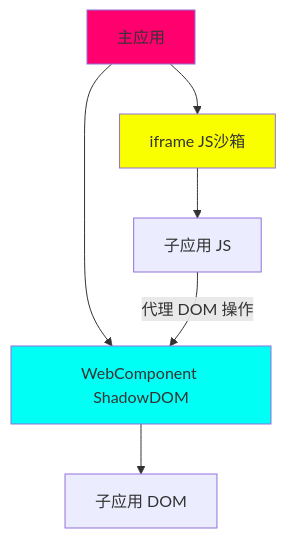
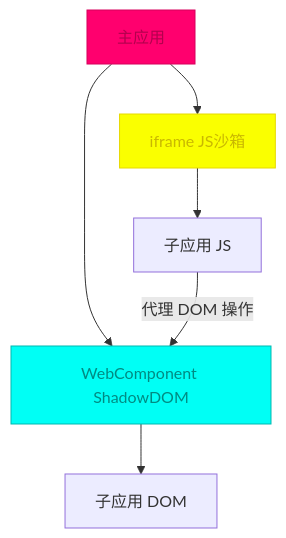
Before and after one commit to FreezeSoul/freezesoul.github.com: the fourth of 6 diagrams in _posts/2019-11-15-micro-frontend.md, drawn with Mermaid. The commit also changed other lines of this file and 9 other files, not shown here.

Commit message:
修正mermaid配色与要求

````diff
--- a/_posts/2019-11-15-micro-frontend.md
+++ b/_posts/2019-11-15-micro-frontend.md
@@ -770,14 +770,14 @@
 ```mermaid
 graph TB
     A[主应用] --> B[WebComponent ShadowDOM]
     A --> C[iframe JS沙箱]
 
     B --> D[子应用 DOM]
     C --> E[子应用 JS]
 
     E -->|代理 DOM 操作| B
 
-    style A fill:#ff006e
-    style B fill:#00fff5
-    style C fill:#faff00
+    style A fill:#ff006e,stroke:#d6005c,color:#b3004e
+    style B fill:#00fff5,stroke:#00b8b0,color:#008b82
+    style C fill:#faff00,stroke:#e6d900,color:#c9b800
 ```
````
